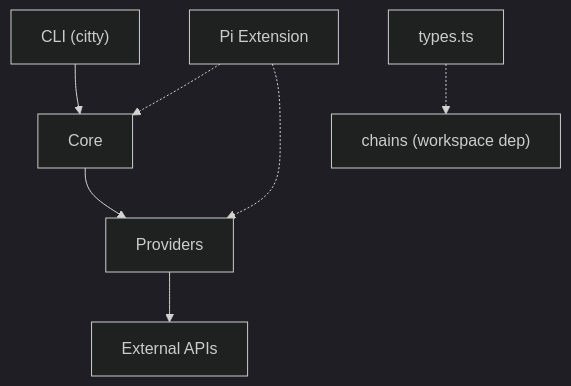
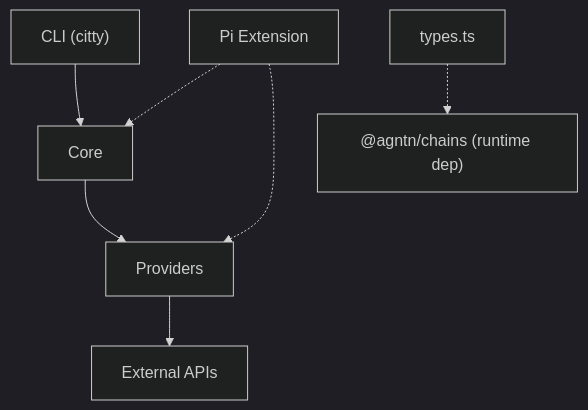
The diagram in AGENTS.md (agntn/explorers), drawn with Mermaid (dark theme) before and after one commit. The commit also changed other lines of this file and 18 other files, not shown here.

Commit message:
refactor!: use the published @agntn/chains registry (#4)

````diff
--- a/AGENTS.md
+++ b/AGENTS.md
@@ -63,9 +63,9 @@
 ```mermaid
 graph TB
   CLI["CLI (citty)"] --> Core
   Core --> Providers
   Providers --> External["External APIs"]
   PiExt["Pi Extension"] -.-> Core
   PiExt -.-> Providers
-  Types["types.ts"] -.-> Chains["chains (workspace dep)"]
+  Types["types.ts"] -.-> Chains["@agntn/chains (runtime dep)"]
 ```
````
